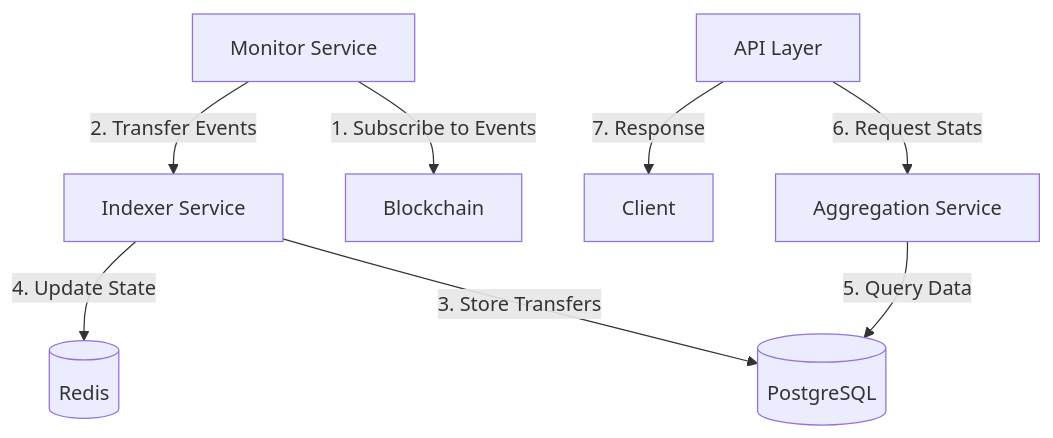
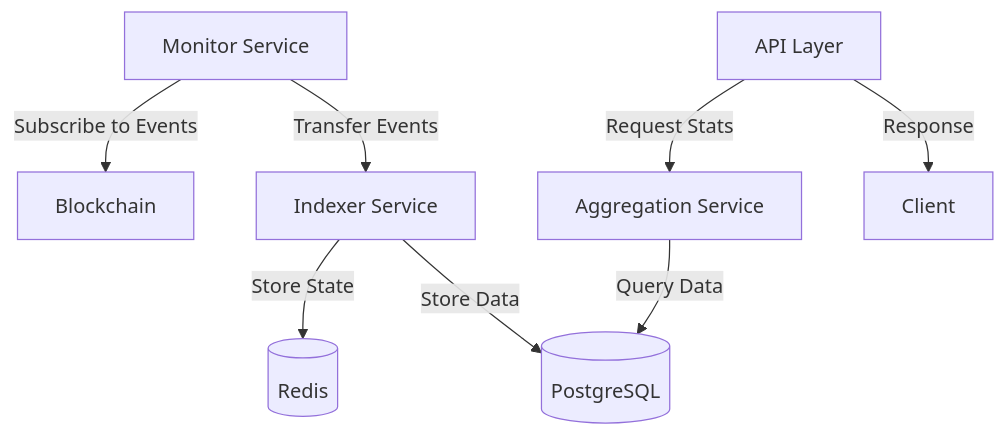
The first of 2 diagrams in README.md (QuintinMakwe/avalanche-usdc-analyzer), drawn with Mermaid before and after one commit. The commit also changed other lines of this file, not shown here.

````diff
--- a/README.md
+++ b/README.md
@@ -167,10 +167,10 @@
 ```mermaid
 graph TD
-    A[Monitor Service] -->|1. Subscribe to Events| B[Blockchain]
-    A -->|2. Transfer Events| C[Indexer Service]
-    C -->|3. Store Transfers| D[(PostgreSQL)]
-    C -->|4. Update State| E[(Redis)]
-    F[Aggregation Service] -->|5. Query Data| D
-    G[API Layer] -->|6. Request Stats| F
-    G -->|7. Response| H[Client]
+    A[Monitor Service] -->|Subscribe to Events| B[Blockchain]
+    A -->|Transfer Events| C[Indexer Service]
+    C -->|Store State| D[(Redis)]
+    C -->|Store Data| E[(PostgreSQL)]
+    F[Aggregation Service] -->|Query Data| E
+    G[API Layer] -->|Request Stats| F
+    G -->|Response| H[Client]
 ```
````
